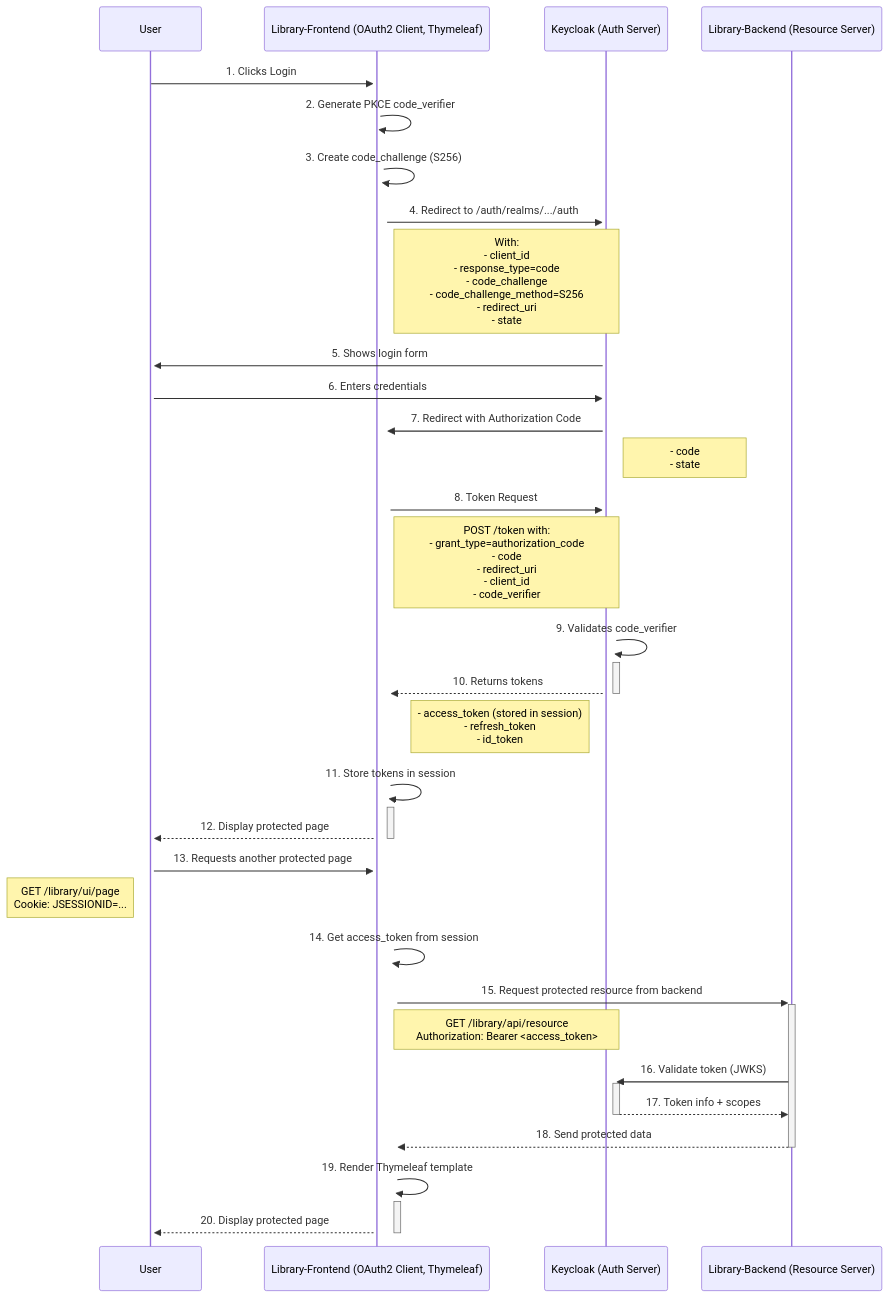
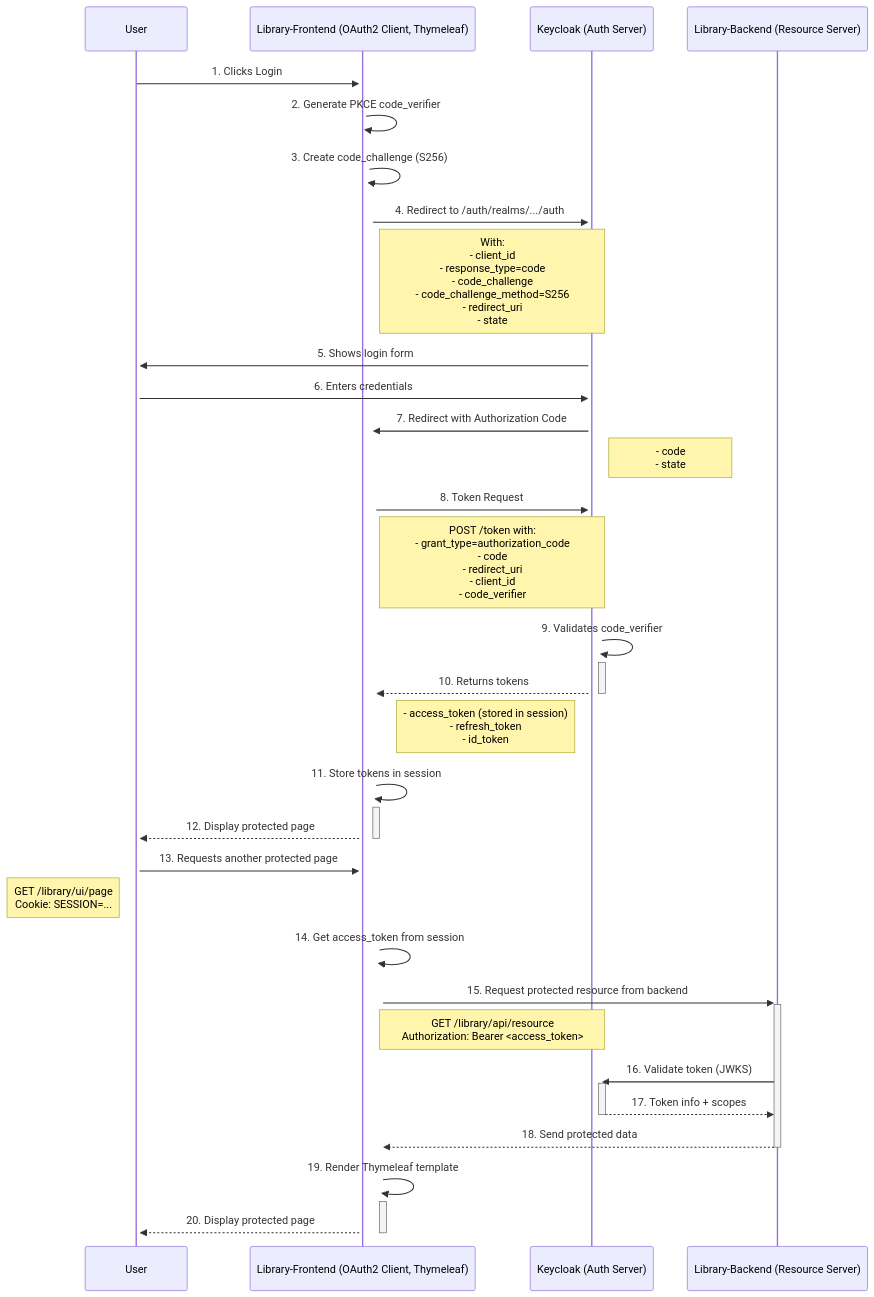
Before and after one commit to kergru/library-reactive: the second of 2 diagrams in README.md, drawn with Mermaid.

````diff
--- a/README.md
+++ b/README.md
@@ -96,45 +96,45 @@
 ```mermaid
 sequenceDiagram
     participant User
     participant Frontend as Library-Frontend (OAuth2 Client, Thymeleaf)
     participant Auth as Keycloak (Auth Server)
     participant Backend as Library-Backend (Resource Server)
 
 %% 1. Login Flow (handled entirely in Frontend)
     User->>+Frontend: 1. Clicks Login
     Frontend->>+Frontend: 2. Generate PKCE code_verifier
     Frontend->>+Frontend: 3. Create code_challenge (S256)
 
     Frontend->>+Auth: 4. Redirect to /auth/realms/.../auth
     Note right of Frontend: With:<br>- client_id<br>- response_type=code<br>- code_challenge<br>- code_challenge_method=S256<br>- redirect_uri<br>- state
 
     Auth->>+User: 5. Shows login form
     User->>+Auth: 6. Enters credentials
     Auth->>+Frontend: 7. Redirect with Authorization Code
     Note right of Auth: - code<br>- state
 
     Frontend->>+Auth: 8. Token Request
     Note right of Frontend: POST /token with:<br>- grant_type=authorization_code<br>- code<br>- redirect_uri<br>- client_id<br>- code_verifier
 
     Auth->>+Auth: 9. Validates code_verifier
     Auth-->>-Frontend: 10. Returns tokens
     Note left of Auth: - access_token (stored in session)<br>- refresh_token<br>- id_token
 
     Frontend->>+Frontend: 11. Store tokens in session
     Frontend-->>-User: 12. Display protected page
 
 %% 2. Protected Resource Access
     User->>+Frontend: 13. Requests another protected page
-    Note left of User: GET /library/ui/page<br>Cookie: JSESSIONID=...
+    Note left of User: GET /library/ui/page<br>Cookie: SESSION=...
 
     Frontend->>+Frontend: 14. Get access_token from session
     Frontend->>+Backend: 15. Request protected resource from backend
     Note right of Frontend: GET /library/api/resource<br>Authorization: Bearer <access_token>
 
     Backend->>+Auth: 16. Validate token (JWKS)
     Auth-->>-Backend: 17. Token info + scopes
 
     Backend-->>-Frontend: 18. Send protected data
     Frontend->>+Frontend: 19. Render Thymeleaf template
     Frontend-->>-User: 20. Display protected page
 ```
````
